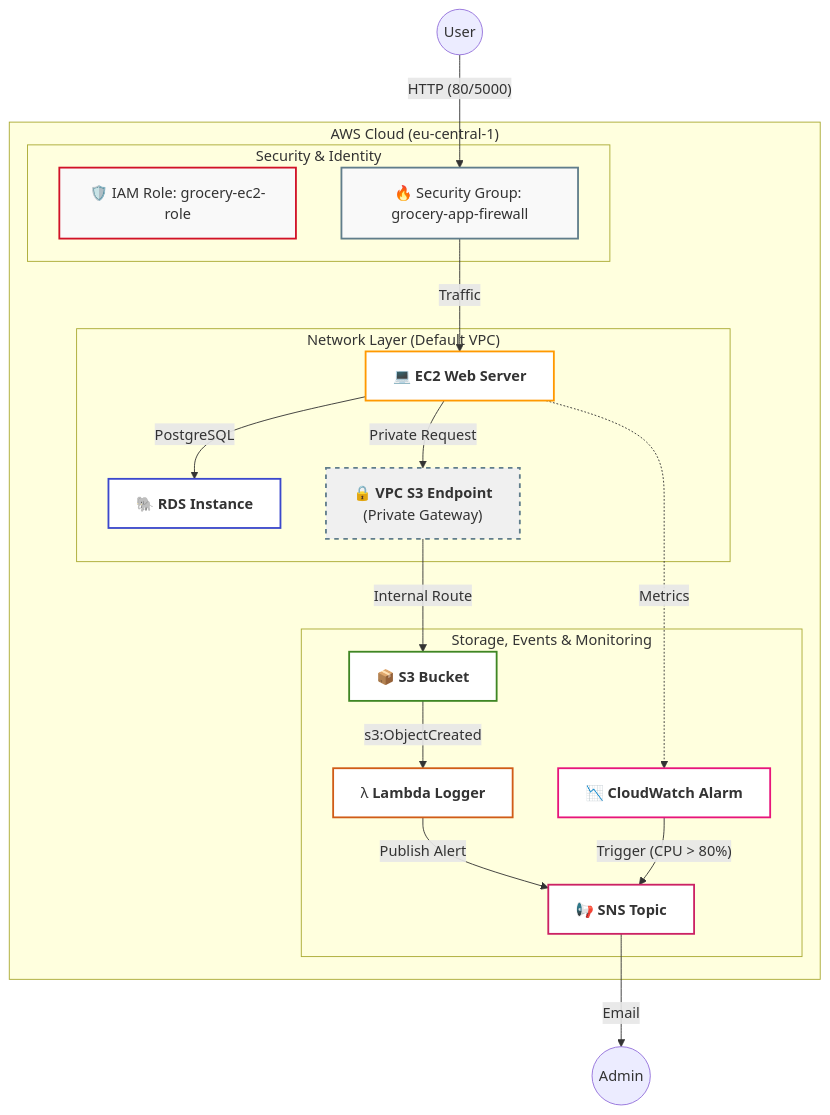
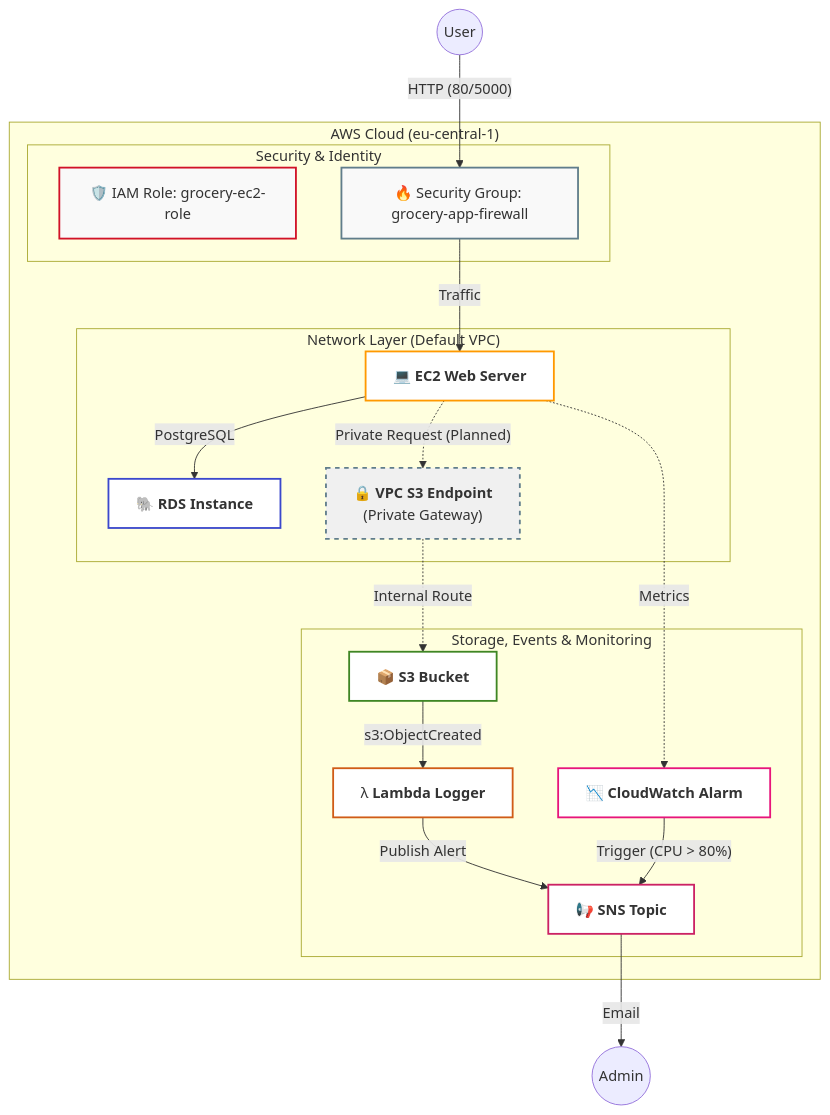
Before and after one commit to Zorropy/AWS_grocery: the diagram in README.md, drawn with Mermaid. The commit also changed other lines of this file and 1 other file, not shown here.

Commit message:
docs: finalize architecture diagram and technical notes

````diff
--- a/README.md
+++ b/README.md
@@ -77,54 +78,54 @@
 ```mermaid
 graph TB
     subgraph AWS_Cloud ["AWS Cloud (eu-central-1)"]
         
         subgraph Security ["Security & Identity"]
             IAM["🛡️ IAM Role: grocery-ec2-role"]
             SG["🔥 Security Group: grocery-app-firewall"]
         end
 
         subgraph VPC ["Network Layer (Default VPC)"]
             EC2["💻 <b>EC2 Web Server</b>"]
             RDS["🐘 <b>RDS Instance</b>"]
             VPCE["🔒 <b>VPC S3 Endpoint</b><br/>(Private Gateway)"]
         end
 
         subgraph Serverless_Monitoring ["Storage, Events & Monitoring"]
             S3["📦 <b>S3 Bucket</b>"]
             Lambda["λ <b>Lambda Logger</b>"]
             CW["📉 <b>CloudWatch Alarm</b>"]
             SNS["📢 <b>SNS Topic</b>"]
         end
     end
 
     %% Application Flows
     User((User)) -- "HTTP (80/5000)" --> SG
     SG -- "Traffic" --> EC2
     EC2 -- "PostgreSQL" --> RDS
     
-    %% Secure Private Path to S3
-    EC2 -- "Private Request" --> VPCE
-    VPCE -- "Internal Route" --> S3
-
     %% Event Driven Pipeline
     S3 -- "s3:ObjectCreated" --> Lambda
     Lambda -- "Publish Alert" --> SNS
 
     %% CloudWatch Monitoring Flow
     EC2 -. "Metrics" .-> CW
     CW -- "Trigger (CPU > 80%)" --> SNS
 
     %% Notification Outbound
     SNS -- "Email" --> Admin((Admin))
 
     %% Styling
     style IAM fill:#f9f9f9,stroke:#D11227,stroke-width:2px
     style SG fill:#f9f9f9,stroke:#607d8b,stroke-width:2px
     style VPCE fill:#f0f0f0,stroke:#607d8b,stroke-width:2px,stroke-dasharray: 5
     style EC2 fill:#fff,stroke:#FF9900,stroke-width:2px
     style RDS fill:#fff,stroke:#3B48CC,stroke-width:2px
     style S3 fill:#fff,stroke:#3F8624,stroke-width:2px
     style Lambda fill:#fff,stroke:#D05C17,stroke-width:2px
     style CW fill:#fff,stroke:#E7157B,stroke-width:2px
     style SNS fill:#fff,stroke:#CC2264,stroke-width:2px
+    
+    %% Ändere diese zwei Zeilen im Mermaid Code:
+    EC2 -. "Private Request (Planned)" .-> VPCE
+    VPCE -. "Internal Route" .-> S3
 ```    
````
